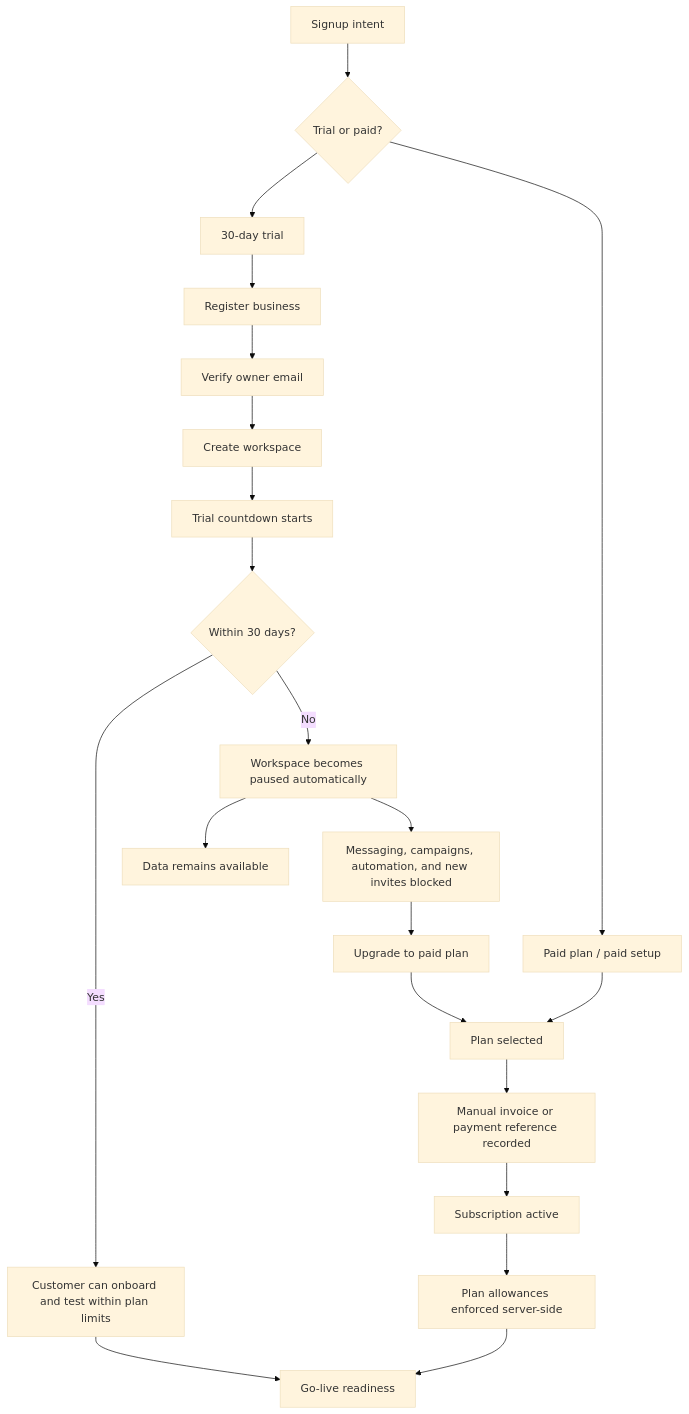
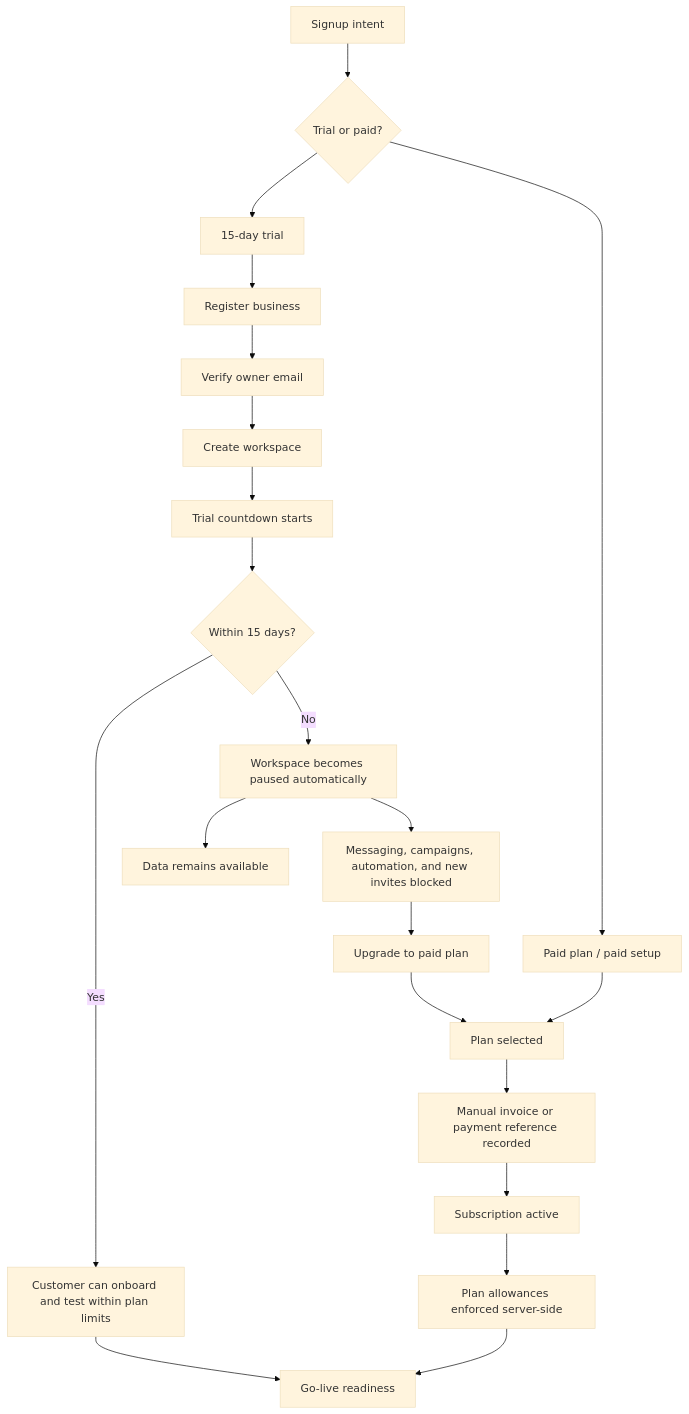
One commit to asavaristays/aifrogi changed the third of 10 diagrams in docs/aifrogi-full-project-guidebook.md. Above: the diagram before and after it, drawn with Mermaid (base theme). The commit also changed other lines of this file and 17 other files, not shown here.

````diff
--- a/docs/aifrogi-full-project-guidebook.md
+++ b/docs/aifrogi-full-project-guidebook.md
@@ -128,26 +128,26 @@
 ```mermaid
 flowchart TD
   A["Signup intent"] --> B{"Trial or paid?"}
 
-  B --> C["30-day trial"]
+  B --> C["15-day trial"]
   C --> D["Register business"]
   D --> E["Verify owner email"]
   E --> F["Create workspace"]
   F --> G["Trial countdown starts"]
-  G --> H{"Within 30 days?"}
+  G --> H{"Within 15 days?"}
   H -->|Yes| I["Customer can onboard and test within plan limits"]
   H -->|No| J["Workspace becomes paused automatically"]
   J --> K["Data remains available"]
   J --> L["Messaging, campaigns, automation, and new invites blocked"]
   L --> M["Upgrade to paid plan"]
 
   B --> N["Paid plan / paid setup"]
   N --> O["Plan selected"]
   O --> P["Manual invoice or payment reference recorded"]
   P --> Q["Subscription active"]
   Q --> R["Plan allowances enforced server-side"]
 
   M --> O
   I --> S["Go-live readiness"]
   R --> S
 ```
````
